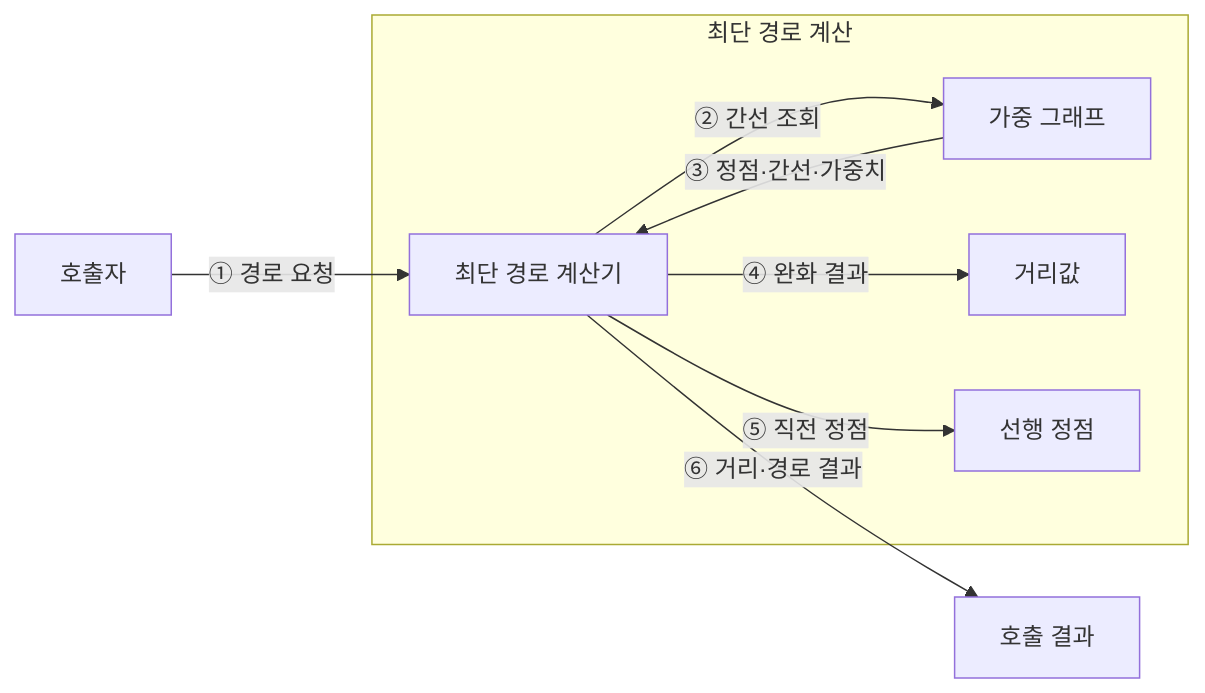
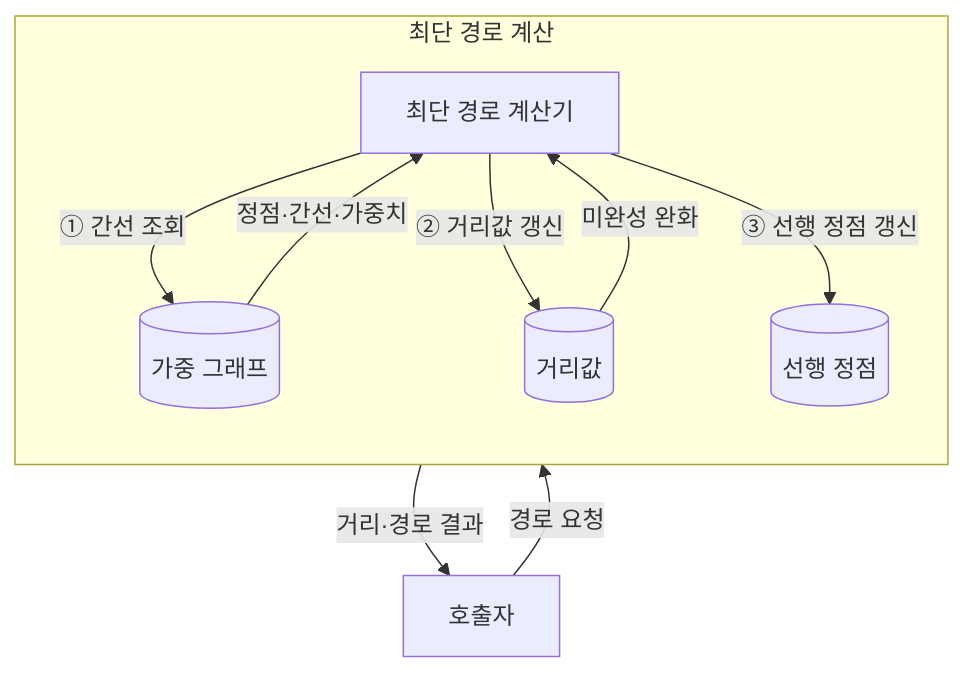
The second of 3 diagrams in src/content/docs/notes/01-basic-theory/011_shortest_path.md (agnusdei1207/knowledge-base), drawn with Mermaid before and after one commit. The commit also changed other lines of this file and 18 other files, not shown here.

Commit message:
docs: revise basic theory notes 001-020 diagrams

````diff
--- a/src/content/docs/notes/01-basic-theory/011_shortest_path.md
+++ b/src/content/docs/notes/01-basic-theory/011_shortest_path.md
@@ -63,15 +76,18 @@
 ```mermaid
-flowchart LR
-    C[호출자] -->|① 경로 요청| S
+flowchart TB
+    Q[호출자]
     subgraph P[최단 경로 계산]
+        direction TB
         S[최단 경로 계산기]
-        G[가중 그래프]
-        D[거리값]
-        R[선행 정점]
-        S -->|② 간선 조회| G
-        G -->|③ 정점·간선·가중치| S
-        S -->|④ 완화 결과| D
-        S -->|⑤ 직전 정점| R
+        G[(가중 그래프)]
+        D[(거리값)]
+        R[(선행 정점)]
+        S -->|① 간선 조회| G
+        G -->|정점·간선·가중치| S
+        S -->|② 거리값 갱신| D
+        S -->|③ 선행 정점 갱신| R
+        D -->|미완성 완화| S
     end
-    S -->|⑥ 거리·경로 결과| O[호출 결과]
+    Q -->|경로 요청| S
+    S -->|거리·경로 결과| Q
 ```
````
